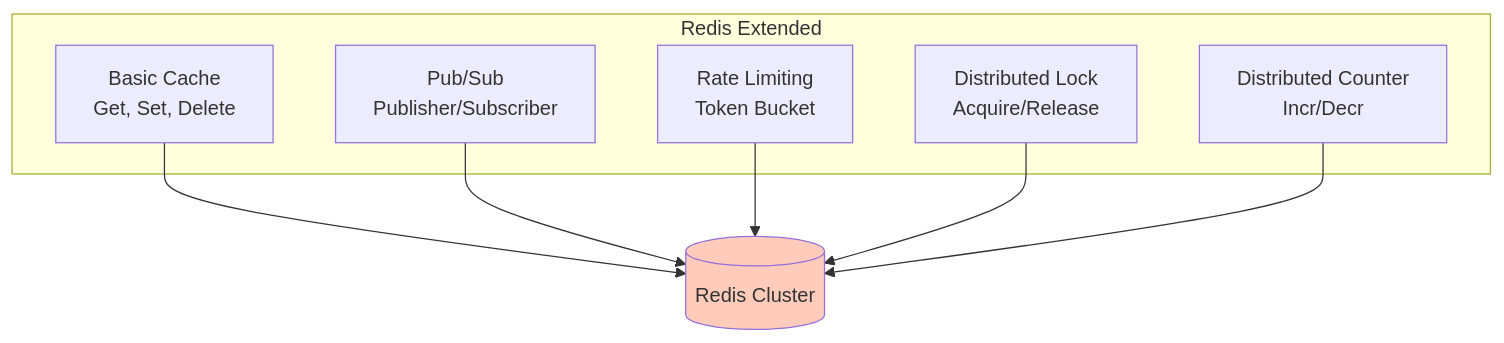
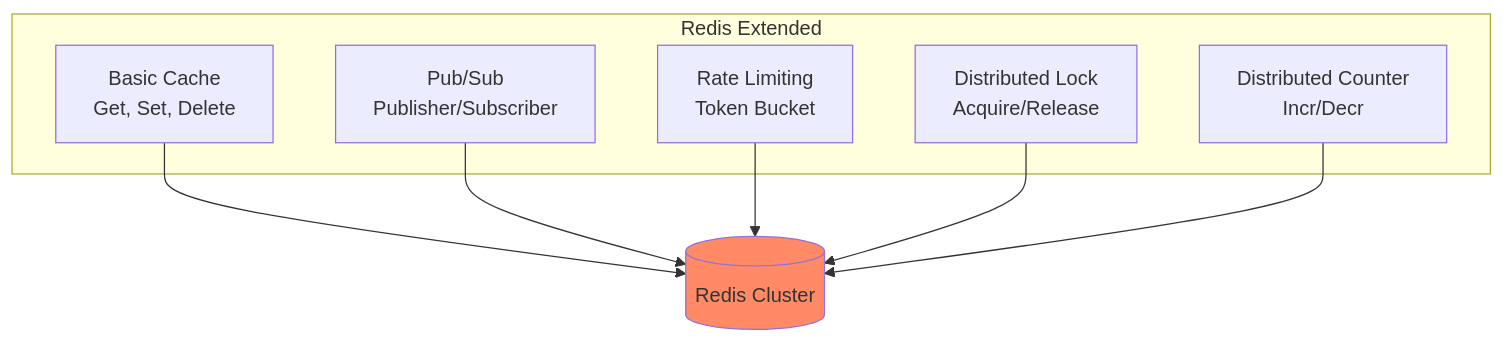
Before and after one commit to YouSangSon/database-service: the sixth of 11 diagrams in docs/ARCHITECTURE.md, drawn with Mermaid. The commit also changed other lines of this file and 5 other files, not shown here.

First line of the commit message:
Update to Go 1.25.4 and improve Mermaid diagram readability

````diff
--- a/docs/ARCHITECTURE.md
+++ b/docs/ARCHITECTURE.md
@@ -296,18 +296,18 @@
 ```mermaid
 graph TD
     subgraph "Redis Extended"
         A[Basic Cache<br/>Get, Set, Delete]
         B[Pub/Sub<br/>Publisher/Subscriber]
         C[Rate Limiting<br/>Token Bucket]
         D[Distributed Lock<br/>Acquire/Release]
         E[Distributed Counter<br/>Incr/Decr]
     end
 
     A --> REDIS[(Redis Cluster)]
     B --> REDIS
     C --> REDIS
     D --> REDIS
     E --> REDIS
 
-    style REDIS fill:#ffccbc
+    style REDIS fill:#ff8a65
 ```
````
